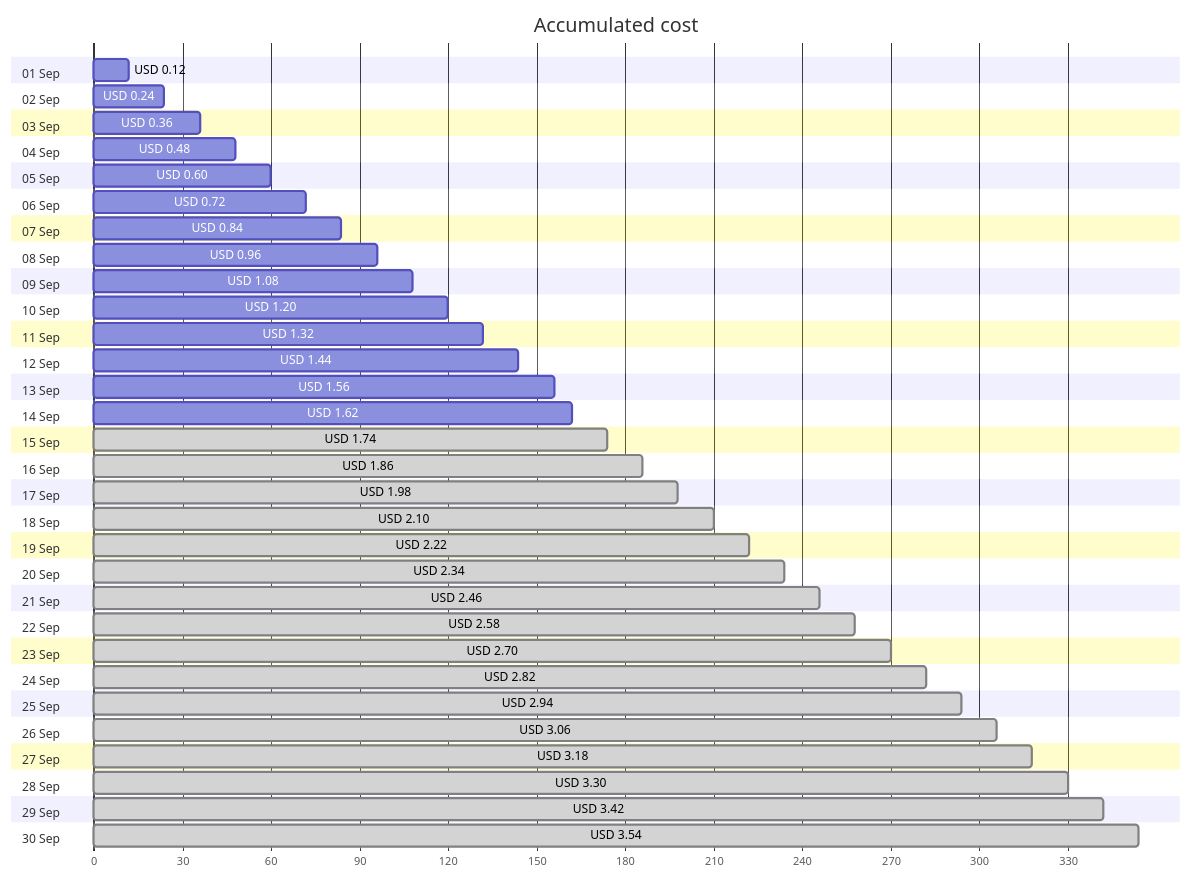
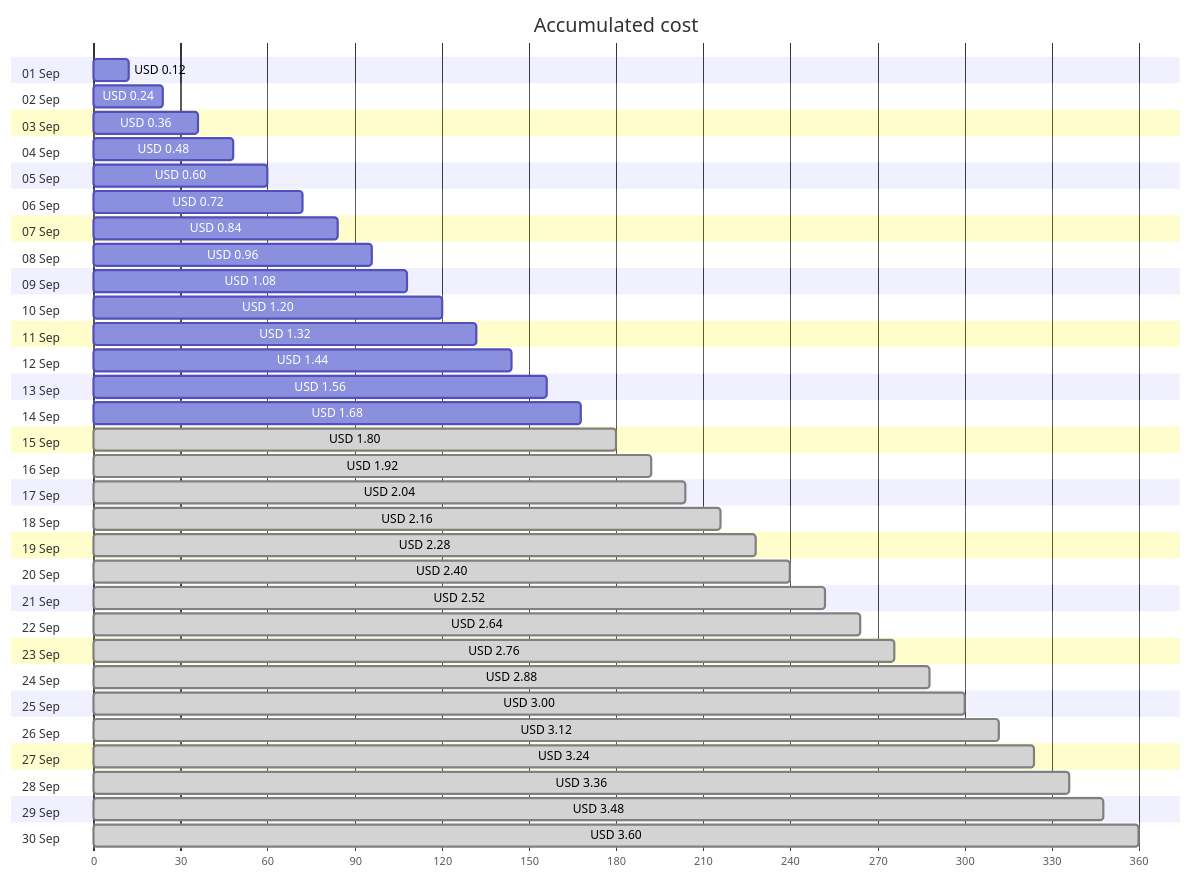
The first of 4 diagrams in cost-reports/personal-network/ubuntu-backup-server-spot-ip.md (jpfulton/azure-personal-reports), drawn with Mermaid before and after one commit. The commit also changed other lines of this file and 37 other files, not shown here.

````diff
--- a/cost-reports/personal-network/ubuntu-backup-server-spot-ip.md
+++ b/cost-reports/personal-network/ubuntu-backup-server-spot-ip.md
@@ -20,66 +20,66 @@
 ```mermaid
 gantt
    title Accumulated cost
    dateFormat  X
    axisFormat %s
    section 01 Sep
    USD 0.12 :0, 12
    section 02 Sep
    USD 0.24 :0, 24
    section 03 Sep
    USD 0.36 :0, 36
    section 04 Sep
    USD 0.48 :0, 48
    section 05 Sep
    USD 0.60 :0, 60
    section 06 Sep
    USD 0.72 :0, 72
    section 07 Sep
    USD 0.84 :0, 84
    section 08 Sep
    USD 0.96 :0, 96
    section 09 Sep
    USD 1.08 :0, 108
    section 10 Sep
    USD 1.20 :0, 120
    section 11 Sep
    USD 1.32 :0, 132
    section 12 Sep
    USD 1.44 :0, 144
    section 13 Sep
    USD 1.56 :0, 156
    section 14 Sep
-   USD 1.62 :0, 162
+   USD 1.68 :0, 168
    section 15 Sep
-   USD 1.74 : done, 0, 174
+   USD 1.80 : done, 0, 180
    section 16 Sep
-   USD 1.86 : done, 0, 186
+   USD 1.92 : done, 0, 192
    section 17 Sep
-   USD 1.98 : done, 0, 198
+   USD 2.04 : done, 0, 204
    section 18 Sep
-   USD 2.10 : done, 0, 210
+   USD 2.16 : done, 0, 216
    section 19 Sep
-   USD 2.22 : done, 0, 222
+   USD 2.28 : done, 0, 228
    section 20 Sep
-   USD 2.34 : done, 0, 234
+   USD 2.40 : done, 0, 240
    section 21 Sep
-   USD 2.46 : done, 0, 246
+   USD 2.52 : done, 0, 252
    section 22 Sep
-   USD 2.58 : done, 0, 258
+   USD 2.64 : done, 0, 264
    section 23 Sep
-   USD 2.70 : done, 0, 270
+   USD 2.76 : done, 0, 276
    section 24 Sep
-   USD 2.82 : done, 0, 282
+   USD 2.88 : done, 0, 288
    section 25 Sep
-   USD 2.94 : done, 0, 294
+   USD 3.00 : done, 0, 300
    section 26 Sep
-   USD 3.06 : done, 0, 306
+   USD 3.12 : done, 0, 312
    section 27 Sep
-   USD 3.18 : done, 0, 318
+   USD 3.24 : done, 0, 324
    section 28 Sep
-   USD 3.30 : done, 0, 330
+   USD 3.36 : done, 0, 336
    section 29 Sep
-   USD 3.42 : done, 0, 342
+   USD 3.48 : done, 0, 348
    section 30 Sep
-   USD 3.54 : done, 0, 354
+   USD 3.60 : done, 0, 360
 ```
````
